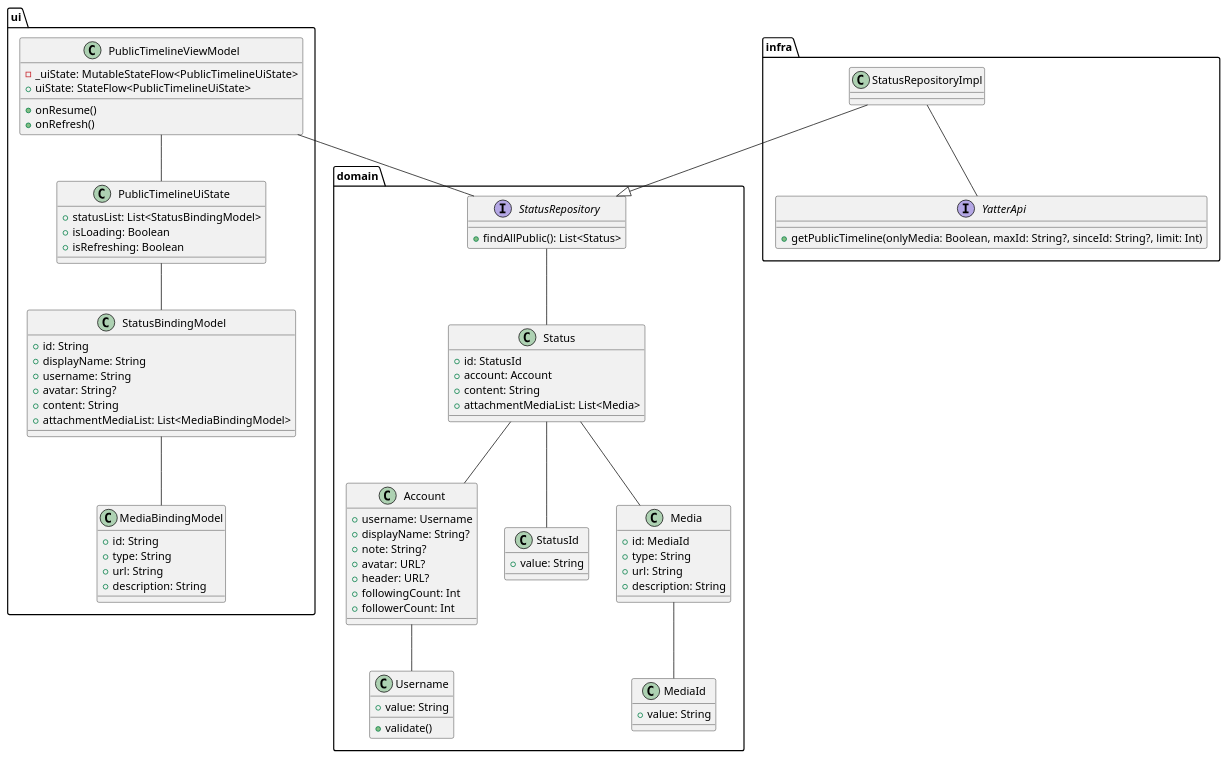
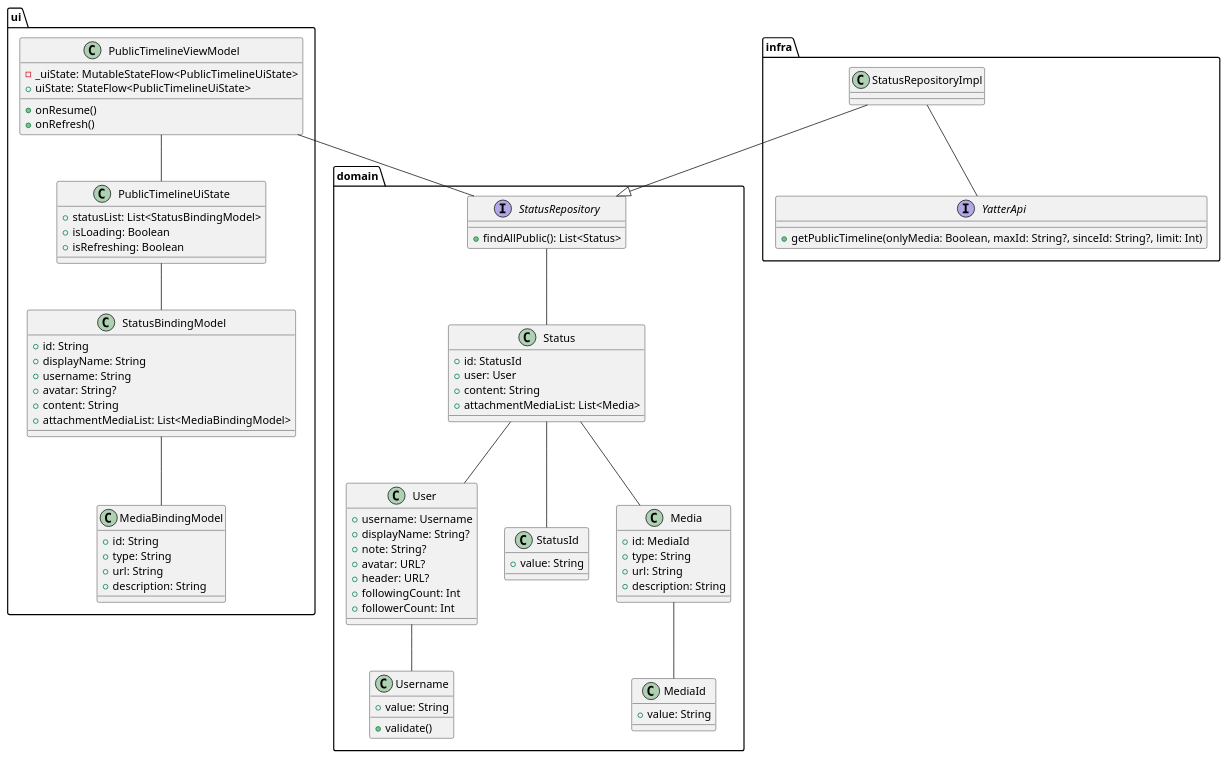
Before and after one commit to suzukibelltree/Yatter2025-Internship: the diagram in design/public_timeline.puml, drawn with PlantUML. The commit also changed 36 other files, not shown here.

```diff
--- a/design/public_timeline.puml
+++ b/design/public_timeline.puml
@@ -1,105 +1,105 @@
 @startuml
 
 package ui {
 class PublicTimelineViewModel {
   - _uiState: MutableStateFlow<PublicTimelineUiState>
   + uiState: StateFlow<PublicTimelineUiState>
   + onResume()
   + onRefresh()
 }
 
 class PublicTimelineUiState {
   + statusList: List<StatusBindingModel>
   + isLoading: Boolean
   + isRefreshing: Boolean
 }
 
 class StatusBindingModel {
   + id: String
   + displayName: String
   + username: String
   + avatar: String?
   + content: String
   + attachmentMediaList: List<MediaBindingModel>
 }
 
 class MediaBindingModel {
   + id: String
   + type: String
   + url: String
   + description: String
 
 }
 
 }
 
 package domain {
 
-class Account {
+class User {
   + username: Username
   + displayName: String?
   + note: String?
   + avatar: URL?
   + header: URL?
   + followingCount: Int
   + followerCount: Int
 }
 
 class Status {
   + id: StatusId
-  + account: Account
+  + user: User
   + content: String
   + attachmentMediaList: List<Media>
 }
 
 class StatusId {
   + value: String
 }
 
 class Media {
   + id: MediaId
   + type: String
   + url: String
   + description: String
 }
 
 class MediaId {
   + value: String
 }
 
 class Username {
   + value: String
   + validate()
 }
 
 interface StatusRepository {
   + findAllPublic(): List<Status>
 }
 
 }
 
 package infra {
 class StatusRepositoryImpl {
 }
 
 interface YatterApi {
   + getPublicTimeline(onlyMedia: Boolean, maxId: String?, sinceId: String?, limit: Int)
 }
 }
 
 StatusRepositoryImpl -- YatterApi
 StatusRepositoryImpl --|> StatusRepository
 
 PublicTimelineViewModel -- StatusRepository
 PublicTimelineViewModel -- PublicTimelineUiState
 PublicTimelineUiState -- StatusBindingModel
 StatusBindingModel -- MediaBindingModel
 
 StatusRepository -- Status
 Status -- StatusId
-Status -- Account
+Status -- User
 Status -- Media
 Media -- MediaId
-Account -- Username
+User -- Username
 
 @enduml
```
